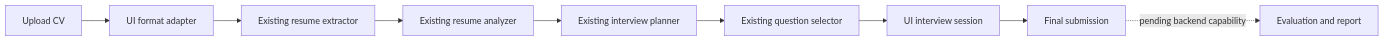
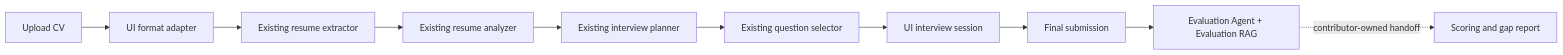
Before and after one commit to archanaa25/InterviewGapAI: the diagram in ui/README.md, drawn with Mermaid. The commit also changed other lines of this file and 12 other files, not shown here.

Commit message:
Add grounded evaluation agent handoff

````diff
--- a/ui/README.md
+++ b/ui/README.md
@@ -7,11 +7,12 @@
 ```mermaid
 flowchart LR
     U[Upload CV] --> X[UI format adapter]
     X --> E[Existing resume extractor]
     E --> A[Existing resume analyzer]
     A --> P[Existing interview planner]
     P --> Q[Existing question selector]
     Q --> I[UI interview session]
     I --> S[Final submission]
-    S -. pending backend capability .-> R[Evaluation and report]
+    S --> V[Evaluation Agent + Evaluation RAG]
+    V -. contributor-owned handoff .-> R[Scoring and gap report]
 ```
````
